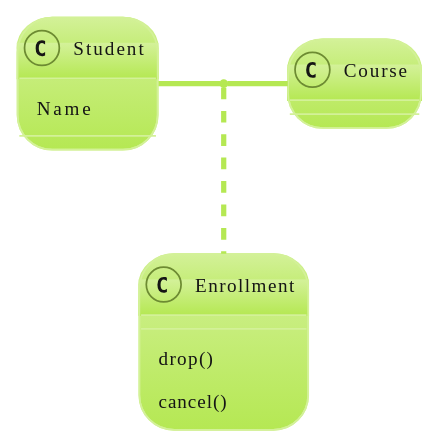
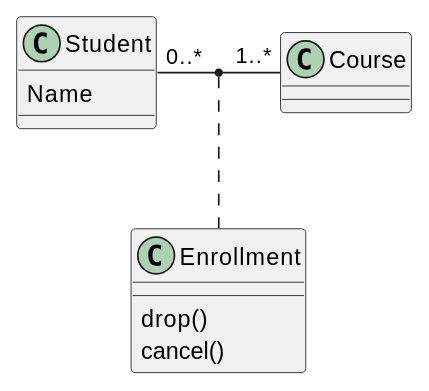
Before and after one commit to northlander/cats: the third of 3 diagrams in docs/diagrams.md, drawn with PlantUML.

Commit message:
removed docs theme

````diff
--- a/docs/diagrams.md
+++ b/docs/diagrams.md
@@ -37,15 +37,14 @@
 ```plantuml
 @startuml
-!theme hacker
 class Student {
   Name
 }
 Student "0..*" - "1..*" Course
 (Student, Course) .. Enrollment
 
 class Enrollment {
   drop()
   cancel()
 }
 @enduml
 ```
````
